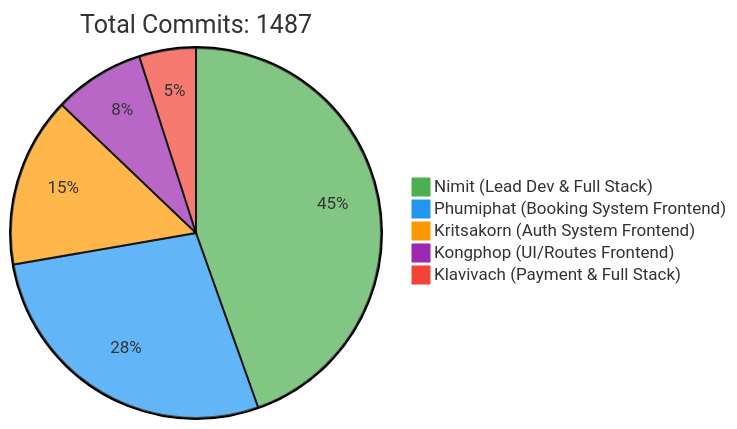
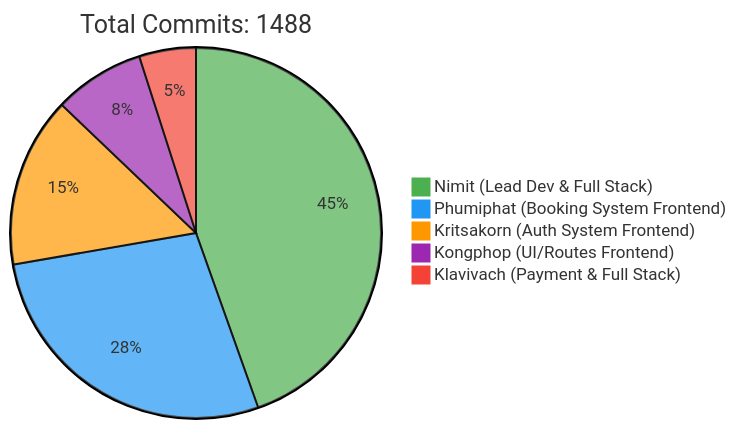
Before and after one commit to 6531503042/Sport-Complex: the first of 2 diagrams in README.md, drawn with Mermaid. The commit also changed other lines of this file, not shown here.

Commit message:
docs: Update contributor statistics [skip ci]

````diff
--- a/README.md
+++ b/README.md
@@ -257,10 +257,10 @@
 ```mermaid
 %%{init: {'theme': 'base', 'themeVariables': { 'pie1': '#4CAF50', 'pie2': '#2196F3', 'pie3': '#FF9800', 'pie4': '#9C27B0', 'pie5': '#F44336'}}}%%
 pie
-    title Total Commits: 1487
+    title Total Commits: 1488
     "Nimit (Lead Dev & Full Stack)" : 450
     "Phumiphat (Booking System Frontend)" : 280
     "Kritsakorn (Auth System Frontend)" : 150
     "Kongphop (UI/Routes Frontend)" : 80
     "Klavivach (Payment & Full Stack)" : 50
 ```
````
